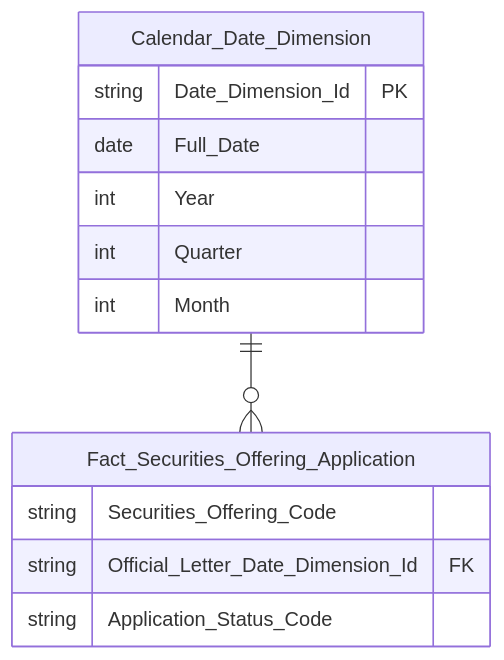
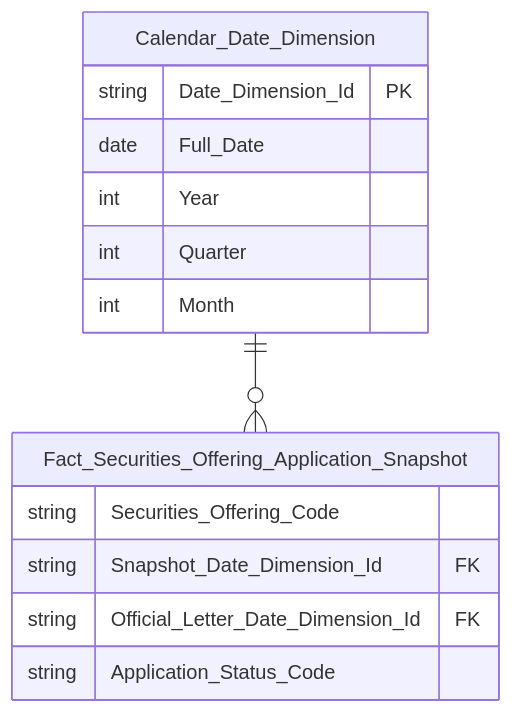
Diagram 14 of 22 in Datamart/hld/DTM_QLCB_HLD.md (linhlvit/ubck_atomic_design), drawn with Mermaid before and after one commit. The commit also changed other lines of this file and 70 other files, not shown here.

````diff
--- a/Datamart/hld/DTM_QLCB_HLD.md
+++ b/Datamart/hld/DTM_QLCB_HLD.md
@@ -736,17 +739,18 @@
 ```mermaid
 erDiagram
-    Calendar_Date_Dimension ||--o{ Fact_Securities_Offering_Application : " "
+    Calendar_Date_Dimension ||--o{ Fact_Securities_Offering_Application_Snapshot : " "
 
     Calendar_Date_Dimension {
         string Date_Dimension_Id PK
         date Full_Date
         int Year
         int Quarter
         int Month
     }
-    Fact_Securities_Offering_Application {
+    Fact_Securities_Offering_Application_Snapshot {
         string Securities_Offering_Code
+        string Snapshot_Date_Dimension_Id FK
         string Official_Letter_Date_Dimension_Id FK
         string Application_Status_Code
     }
 ```
````
